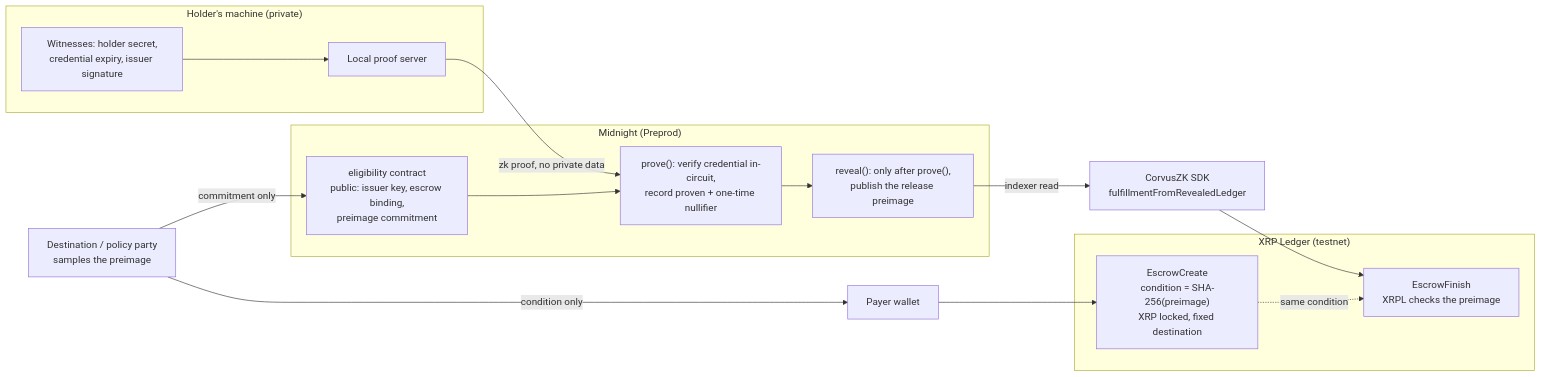
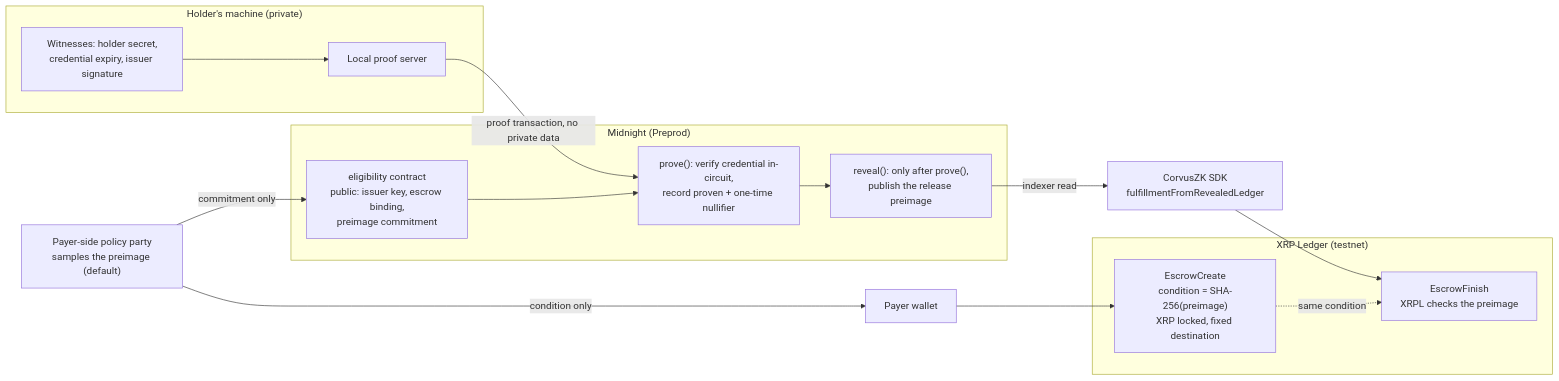
One commit to CorvusZK-1/CorvusZK changed the diagram in README.md. Above: the diagram before and after it, drawn with Mermaid. The commit also changed other lines of this file and 10 other files, not shown here.

Commit message:
Add SECURITY-NOTICE.md and public wording: insecure demo issuer, mainnet eligibility must not be used with real value, trusted-policy-party docs, payer-side default

````diff
--- a/README.md
+++ b/README.md
@@ -62,24 +64,24 @@
 ```mermaid
 flowchart LR
   subgraph XRPL["XRP Ledger (testnet)"]
     E1["EscrowCreate<br/>condition = SHA-256(preimage)<br/>XRP locked, fixed destination"]
     E2["EscrowFinish<br/>XRPL checks the preimage"]
   end
   subgraph Holder["Holder's machine (private)"]
     W["Witnesses: holder secret,<br/>credential expiry, issuer signature"]
     PS["Local proof server"]
   end
   subgraph Midnight["Midnight (Preprod)"]
     C["eligibility contract<br/>public: issuer key, escrow binding,<br/>preimage commitment"]
     P["prove(): verify credential in-circuit,<br/>record proven + one-time nullifier"]
     R["reveal(): only after prove(),<br/>publish the release preimage"]
   end
   Payer["Payer wallet"] --> E1
-  Dest["Destination / policy party<br/>samples the preimage"] -->|"commitment only"| C
-  Dest -->|"condition only"| Payer
-  W --> PS -->|"zk proof, no private data"| P
+  Policy["Payer-side policy party<br/>samples the preimage (default)"] -->|"commitment only"| C
+  Policy -->|"condition only"| Payer
+  W --> PS -->|"proof transaction, no private data"| P
   C --> P --> R
   R -->|"indexer read"| SDK["CorvusZK SDK<br/>fulfillmentFromRevealedLedger"]
   SDK --> E2
   E1 -.->|"same condition"| E2
 ```
````
